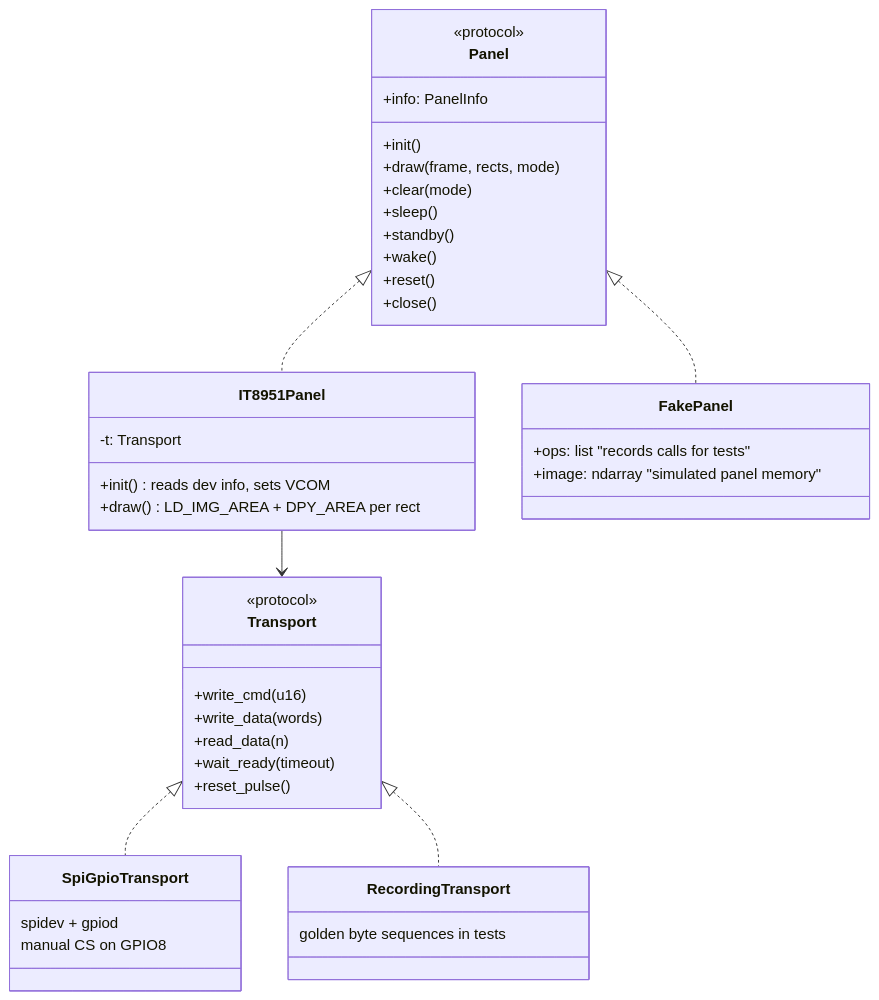
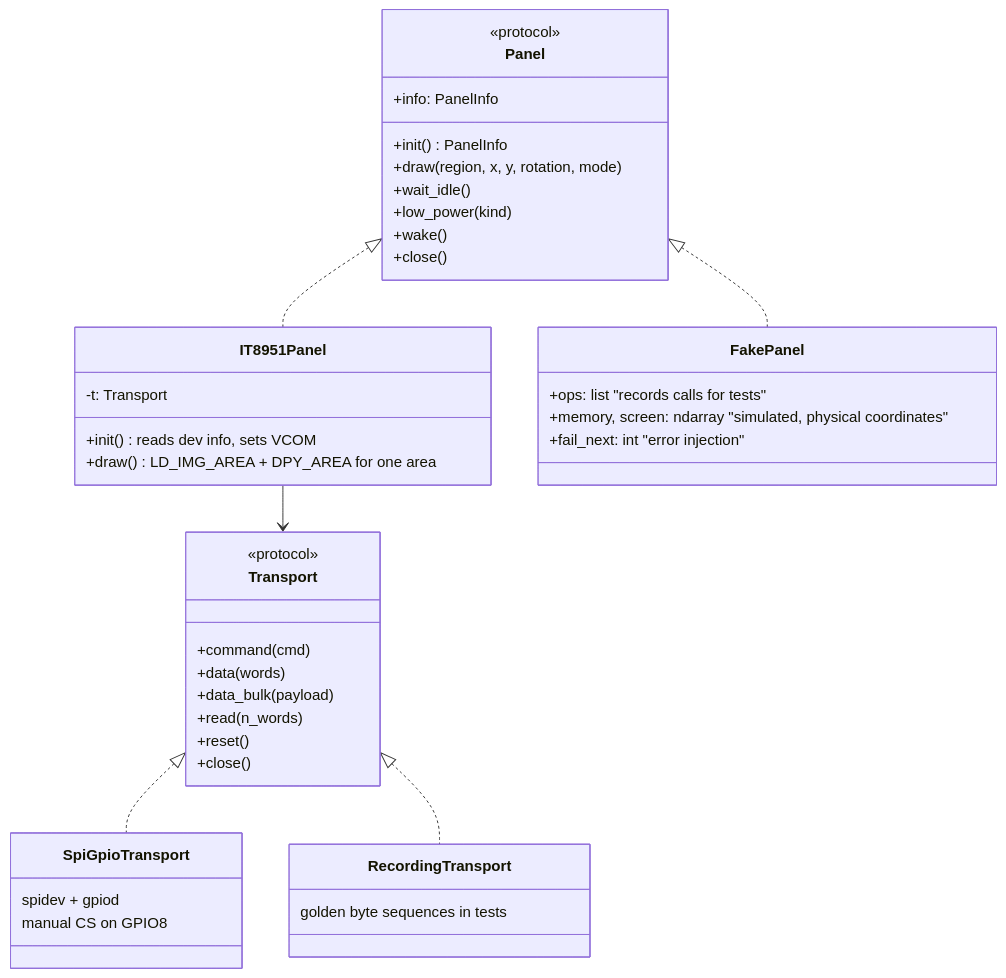
One commit to stefans22/trmnl-it8951-bridge changed the fourth of 7 diagrams in docs/design.md. Above: the diagram before and after it, drawn with Mermaid. The commit also changed other lines of this file and 45 other files, not shown here.

````diff
--- a/docs/design.md
+++ b/docs/design.md
@@ -145,44 +147,44 @@
 ```mermaid
 classDiagram
     class Panel {
         <<protocol>>
         +info: PanelInfo
-        +init()
-        +draw(frame, rects, mode)
-        +clear(mode)
-        +sleep()
-        +standby()
+        +init() PanelInfo
+        +draw(region, x, y, rotation, mode)
+        +wait_idle()
+        +low_power(kind)
         +wake()
-        +reset()
         +close()
     }
     class IT8951Panel {
         -t: Transport
         +init() reads dev info, sets VCOM
-        +draw() LD_IMG_AREA + DPY_AREA per rect
+        +draw() LD_IMG_AREA + DPY_AREA for one area
     }
     class FakePanel {
-        +ops: list  "records calls for tests"
-        +image: ndarray "simulated panel memory"
+        +ops: list "records calls for tests"
+        +memory, screen: ndarray "simulated, physical coordinates"
+        +fail_next: int "error injection"
     }
     class Transport {
         <<protocol>>
-        +write_cmd(u16)
-        +write_data(words)
-        +read_data(n)
-        +wait_ready(timeout)
-        +reset_pulse()
+        +command(cmd)
+        +data(words)
+        +data_bulk(payload)
+        +read(n_words)
+        +reset()
+        +close()
     }
     class SpiGpioTransport {
         spidev + gpiod
         manual CS on GPIO8
     }
     class RecordingTransport {
         golden byte sequences in tests
     }
     Panel <|.. IT8951Panel
     Panel <|.. FakePanel
     IT8951Panel --> Transport
     Transport <|.. SpiGpioTransport
     Transport <|.. RecordingTransport
 ```
````
